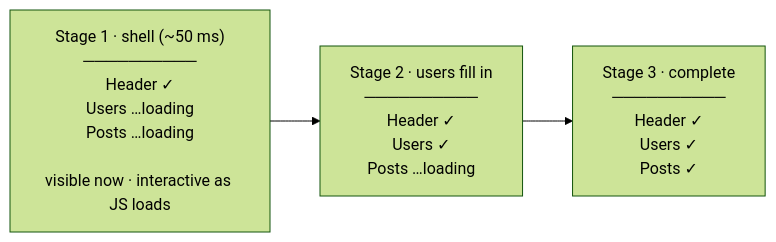
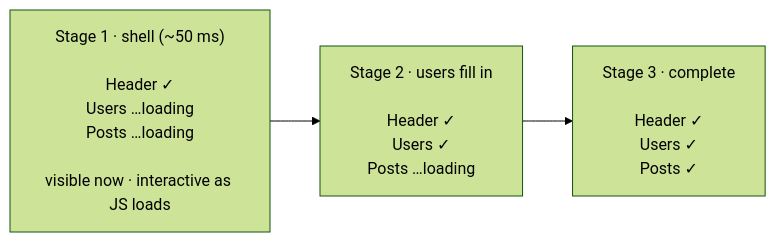
Before and after one commit to shakacode/react_on_rails: the fifth of 5 diagrams in docs/pro/streaming-ssr.md, drawn with Mermaid (forest theme). The commit also changed other lines of this file, not shown here.

First line of the commit message:
docs(pro): parallelize SSR fetch diagram, drop box-drawing separators

````diff
--- a/docs/pro/streaming-ssr.md
+++ b/docs/pro/streaming-ssr.md
@@ -355,5 +359,5 @@
 ```mermaid
 flowchart LR
-    A["Stage 1 · shell (~50 ms)<br/>──────────<br/>Header ✓<br/>Users …loading<br/>Posts …loading<br/><br/>visible now · interactive as JS loads"] --> B["Stage 2 · users fill in<br/>──────────<br/>Header ✓<br/>Users ✓<br/>Posts …loading"]
-    B --> C["Stage 3 · complete<br/>──────────<br/>Header ✓<br/>Users ✓<br/>Posts ✓"]
+    A["Stage 1 · shell (~50 ms)<br/><br/>Header ✓<br/>Users …loading<br/>Posts …loading<br/><br/>visible now · interactive as JS loads"] --> B["Stage 2 · users fill in<br/><br/>Header ✓<br/>Users ✓<br/>Posts …loading"]
+    B --> C["Stage 3 · complete<br/><br/>Header ✓<br/>Users ✓<br/>Posts ✓"]
 ```
````
